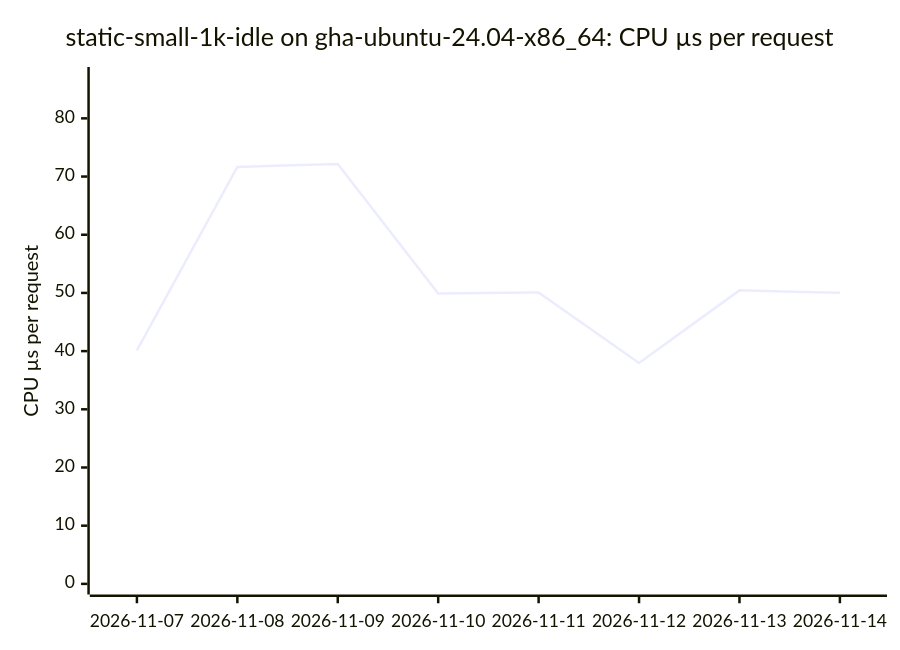
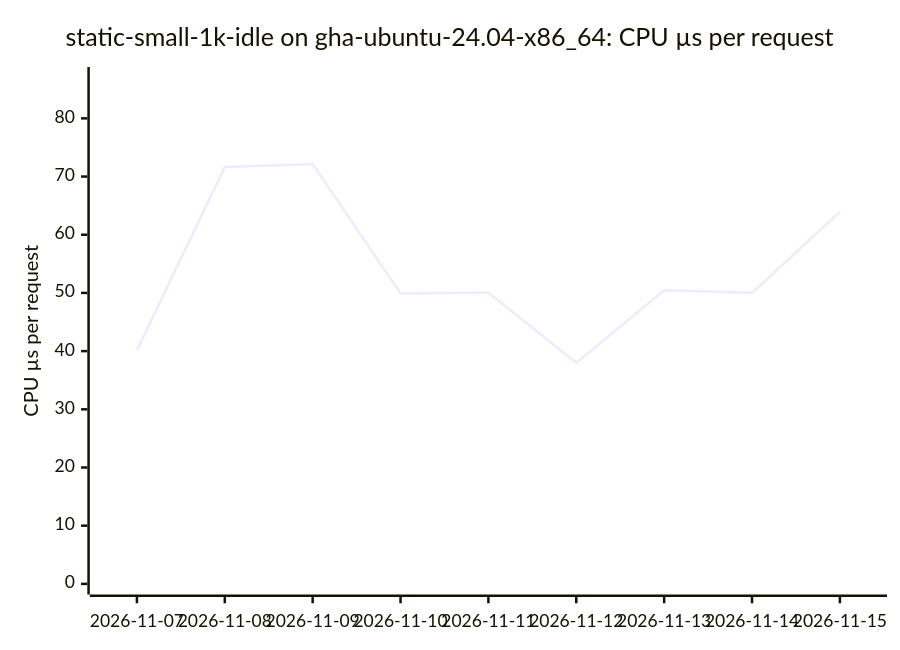
Before and after one commit to ThePixelPilgrim/durchlauferhitzer: the ninth of 18 diagrams in BENCHMARKS.md, drawn with Mermaid. The commit also changed other lines of this file and 1 other file, not shown here.

````diff
--- a/BENCHMARKS.md
+++ b/BENCHMARKS.md
@@ -106,7 +106,7 @@
 ```mermaid
 xychart-beta
   title "static-small-1k-idle on gha-ubuntu-24.04-x86_64: CPU µs per request"
-  x-axis ["2026-11-07", "2026-11-08", "2026-11-09", "2026-11-10", "2026-11-11", "2026-11-12", "2026-11-13", "2026-11-14"]
+  x-axis ["2026-11-07", "2026-11-08", "2026-11-09", "2026-11-10", "2026-11-11", "2026-11-12", "2026-11-13", "2026-11-14", "2026-11-15"]
   y-axis "CPU µs per request" 0 --> 87
-  line [40.14, 71.65, 72.17, 49.90, 50.08, 37.97, 50.44, 50.01]
+  line [40.14, 71.65, 72.17, 49.90, 50.08, 37.97, 50.44, 50.01, 63.94]
 ```
````
